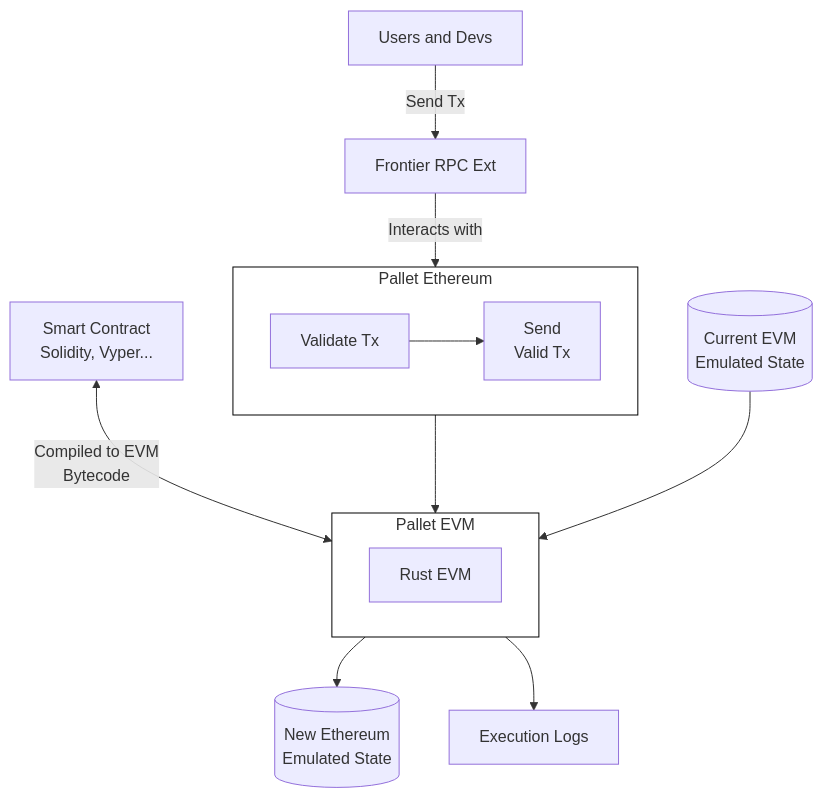
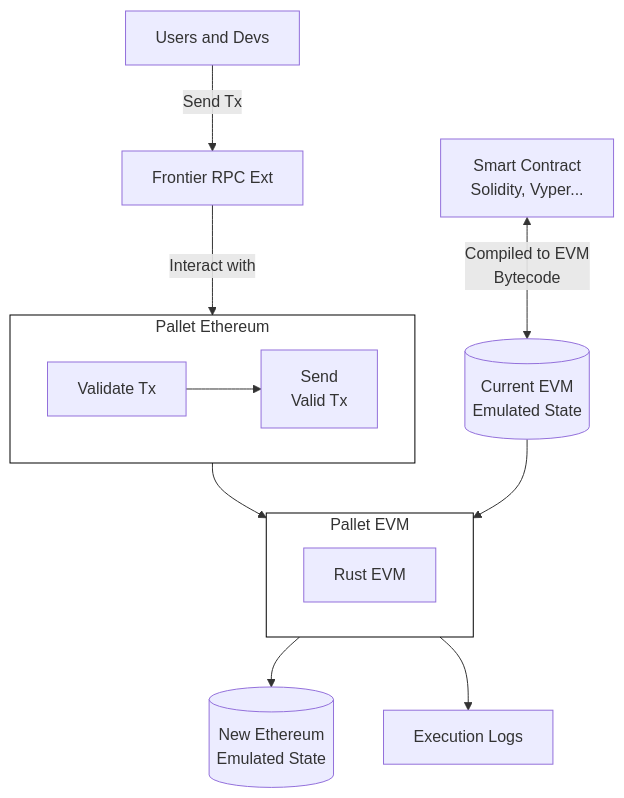
The third of 4 diagrams in develop/smart-contracts/overview.md (polkadot-developers/polkadot-docs), drawn with Mermaid before and after one commit. The commit also changed other lines of this file, not shown here.

Commit message:
improve mermaids

````diff
--- a/develop/smart-contracts/overview.md
+++ b/develop/smart-contracts/overview.md
@@ -83,24 +88,24 @@
 ``` mermaid
 flowchart TD
     A[Users and Devs] -->|Send Tx| B[Frontier RPC Ext]
     subgraph C[Pallet Ethereum]
         D[Validate Tx]
         E[Send<br/>Valid Tx]    
     end
-    B -->|Interacts with| C
+    B -->|Interact with| C
     D --> E
     subgraph F[Pallet EVM]
         G[Rust EVM]
     end
     I[(Current EVM<br/>Emulated State)]
 
-    H[Smart Contract<br/>Solidity, Vyper...] <-->|Compiled to EVM<br/>Bytecode| F
+    H[Smart Contract<br/>Solidity, Vyper...] <-->|Compiled to EVM<br/>Bytecode| I
 
     C --> F
     I --> F
     F --> J[(New Ethereum<br/>Emulated State)]
     F --> K[Execution Logs]
 
     style C fill:#ffffff,stroke:#000000,stroke-width:1px
     style F fill:#ffffff,stroke:#000000,stroke-width:1px
 ```
````
